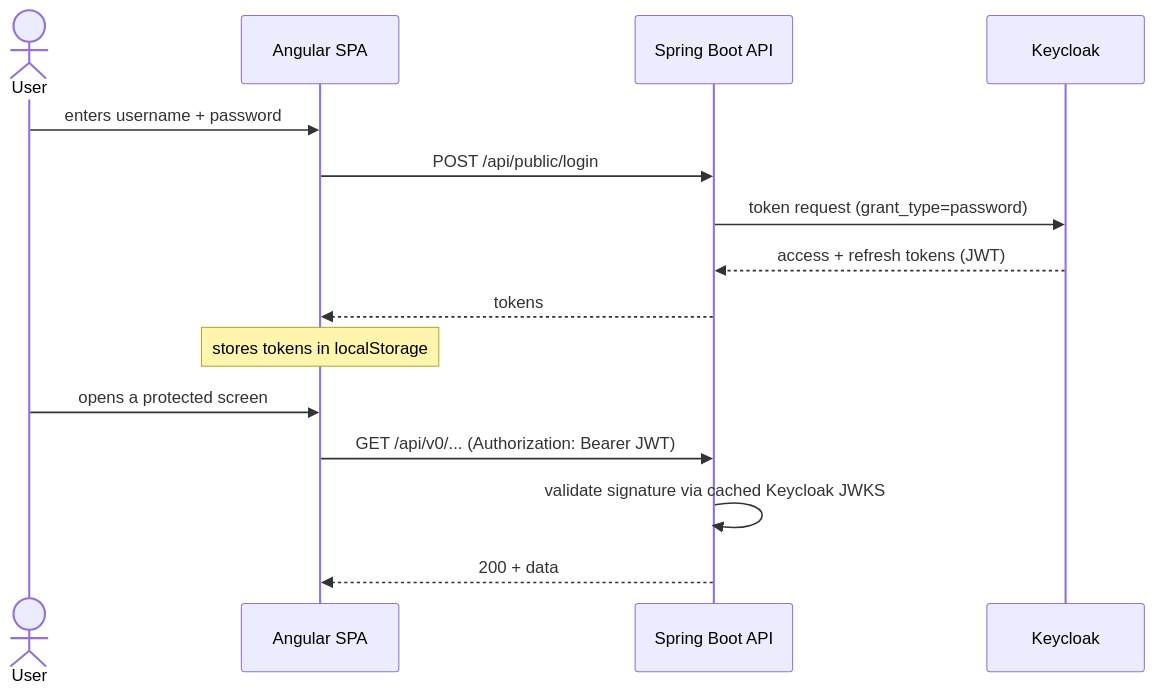
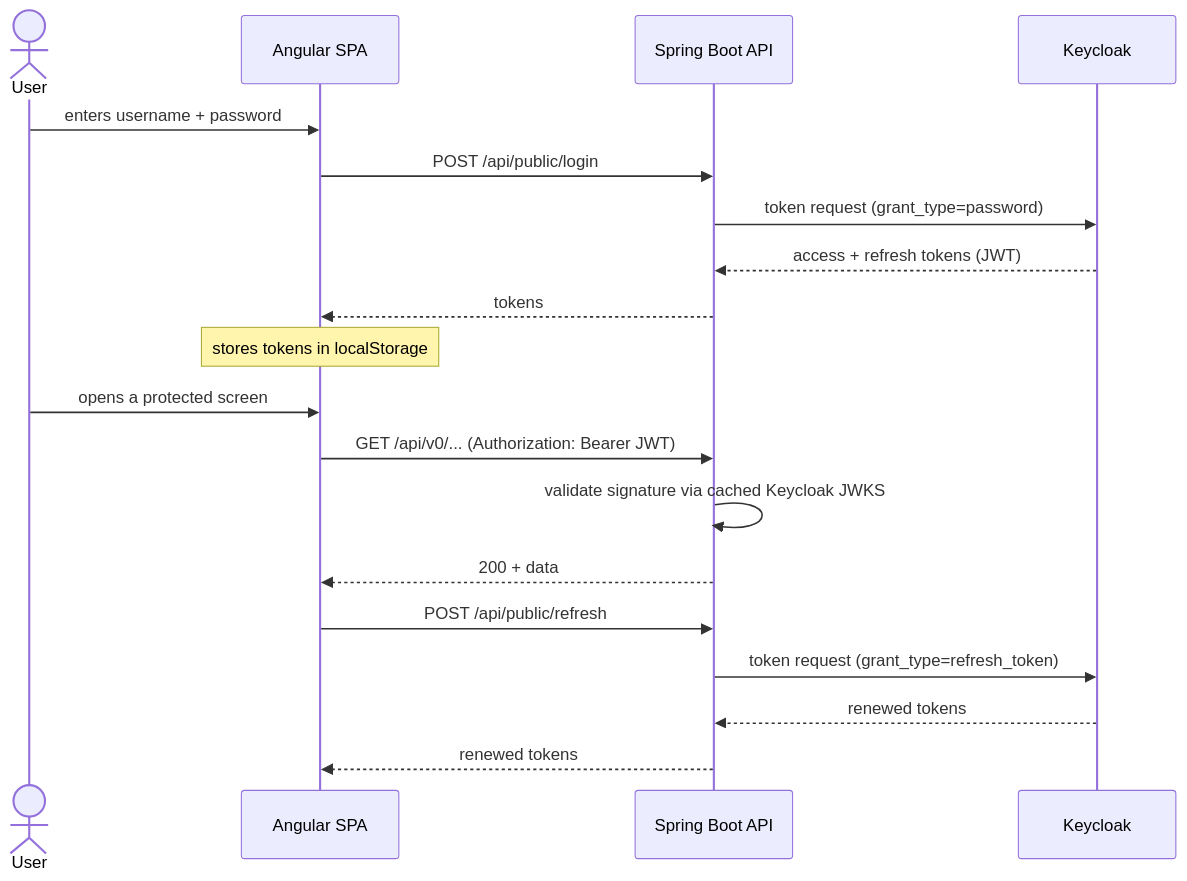
Before and after one commit to munifgebara/cloud-native-java-pipeline: the diagram in docs/sdd/07-security.md, drawn with Mermaid. The commit also changed other lines of this file and 33 other files, not shown here.

Commit message:
Add social login and token refresh

````diff
--- a/docs/sdd/07-security.md
+++ b/docs/sdd/07-security.md
@@ -16,19 +20,24 @@
 ```mermaid
 sequenceDiagram
     actor U as User
     participant SPA as Angular SPA
     participant API as Spring Boot API
     participant KC as Keycloak
 
     U->>SPA: enters username + password
     SPA->>API: POST /api/public/login
     API->>KC: token request (grant_type=password)
     KC-->>API: access + refresh tokens (JWT)
     API-->>SPA: tokens
     Note over SPA: stores tokens in localStorage
 
     U->>SPA: opens a protected screen
     SPA->>API: GET /api/v0/... (Authorization: Bearer JWT)
     API->>API: validate signature via cached Keycloak JWKS
     API-->>SPA: 200 + data
+
+    SPA->>API: POST /api/public/refresh
+    API->>KC: token request (grant_type=refresh_token)
+    KC-->>API: renewed tokens
+    API-->>SPA: renewed tokens
 ```
````
